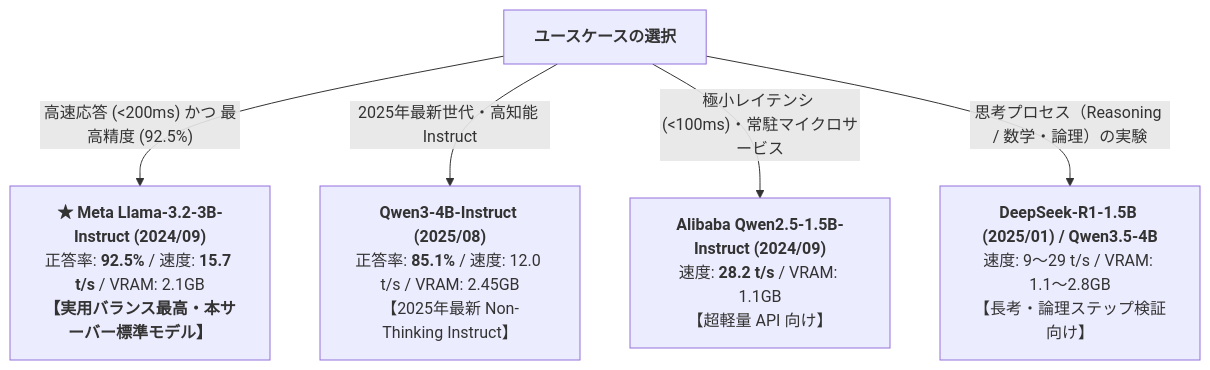
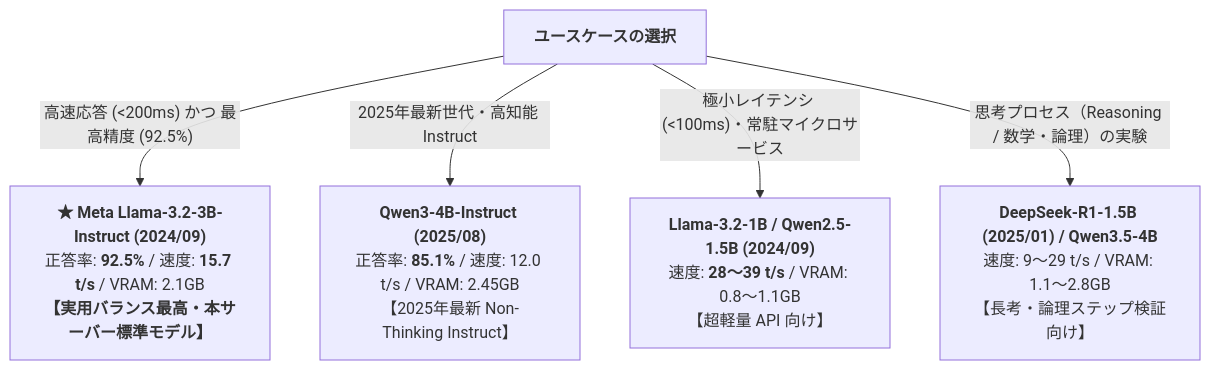
The diagram in wsl-server/note/12_working_models_comprehensive_benchmark_report.md (AobaIwaki123/ai-workspace), drawn with Mermaid before and after one commit. The commit also changed other lines of this file and 2 other files, not shown here.

````diff
--- a/wsl-server/note/12_working_models_comprehensive_benchmark_report.md
+++ b/wsl-server/note/12_working_models_comprehensive_benchmark_report.md
@@ -86,8 +97,8 @@
 ```mermaid
 graph TD
     User["<b>ユースケースの選択</b>"]
     User -->|"高速応答 (<200ms) かつ 最高精度 (92.5%)"| Llama["<b>★ Meta Llama-3.2-3B-Instruct (2024/09)</b><br>正答率: <b>92.5%</b> / 速度: <b>15.7 t/s</b> / VRAM: 2.1GB<br><b>【実用バランス最高・本サーバー標準モデル】</b>"]
     User -->|"2025年最新世代・高知能 Instruct"| Qwen3["<b>Qwen3-4B-Instruct (2025/08)</b><br>正答率: <b>85.1%</b> / 速度: 12.0 t/s / VRAM: 2.45GB<br>【2025年最新 Non-Thinking Instruct】"]
-    User -->|"極小レイテンシ (<100ms)・常駐マイクロサービス"| Qwen15["<b>Alibaba Qwen2.5-1.5B-Instruct (2024/09)</b><br>速度: <b>28.2 t/s</b> / VRAM: 1.1GB<br>【超軽量 API 向け】"]
+    User -->|"極小レイテンシ (<100ms)・常駐マイクロサービス"| Qwen15["<b>Llama-3.2-1B / Qwen2.5-1.5B (2024/09)</b><br>速度: <b>28〜39 t/s</b> / VRAM: 0.8〜1.1GB<br>【超軽量 API 向け】"]
     User -->|"思考プロセス（Reasoning / 数学・論理）の実験"| DeepSeek["<b>DeepSeek-R1-1.5B (2025/01) / Qwen3.5-4B</b><br>速度: 9〜29 t/s / VRAM: 1.1〜2.8GB<br>【長考・論理ステップ検証向け】"]
 ```
````
